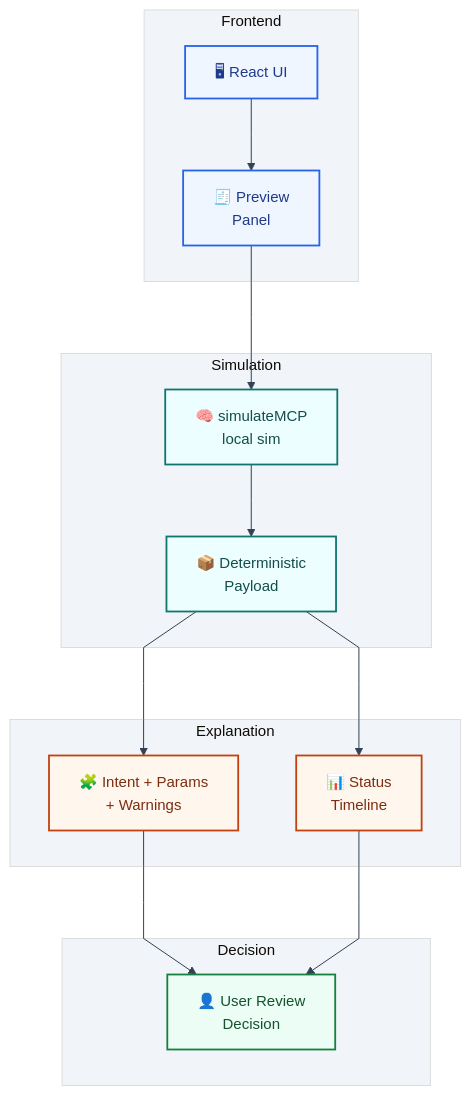
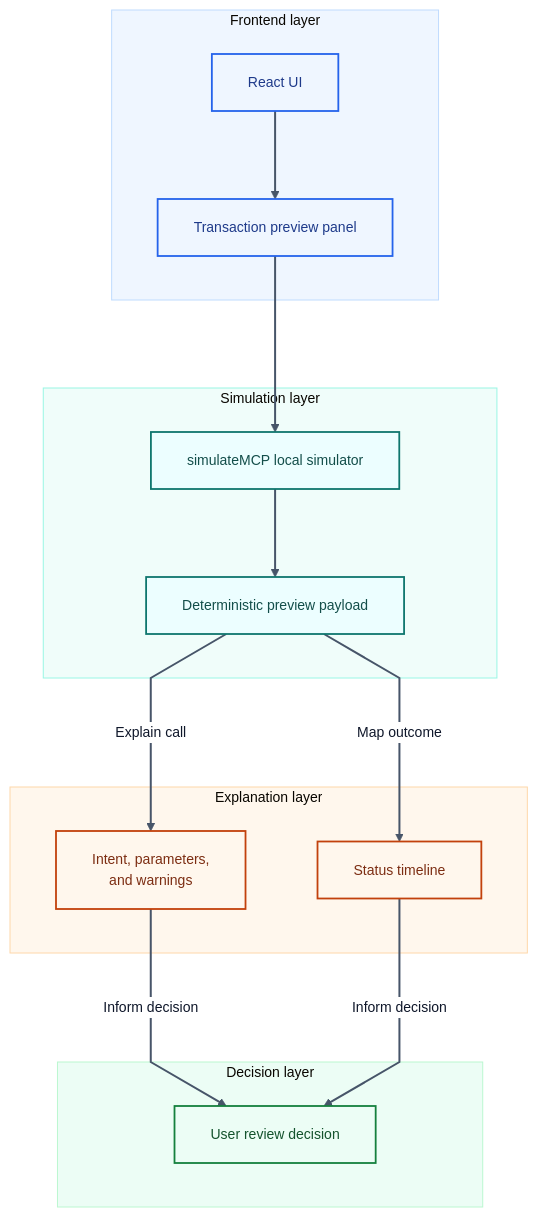
The fourth of 8 diagrams in README.md (sunshineluyao/Moss-Mcp-Transaction), drawn with Mermaid before and after one commit. The commit also changed other lines of this file, not shown here.

Commit message:
docs: refine Mermaid diagrams for full labels

````diff
--- a/README.md
+++ b/README.md
@@ -357,34 +367,39 @@
 ```mermaid
-%%{init: {'theme':'base','flowchart': {'htmlLabels': true, 'nodeSpacing': 58, 'rankSpacing': 72, 'curve': 'linear'},'themeVariables': {'fontFamily':'Trebuchet MS, Segoe UI, sans-serif','fontSize':'15px','primaryColor':'#eef6ff','primaryBorderColor':'#3b82f6','primaryTextColor':'#0f172a','lineColor':'#334155','secondaryColor':'#f8fafc','tertiaryColor':'#f1f5f9','edgeLabelBackground':'#e2e8f0'}}}%%
+%%{init: {'theme':'base','flowchart': {'htmlLabels': true, 'nodeSpacing': 72, 'rankSpacing': 88, 'curve': 'linear', 'padding': 18}, 'themeVariables': {'fontFamily':'Arial, Helvetica, sans-serif','fontSize':'14px','primaryTextColor':'#0f172a','lineColor':'#334155','clusterBkg':'#f8fafc','clusterBorder':'#cbd5e1','edgeLabelBackground':'#ffffff'}}}%%
 flowchart TB
-  subgraph L1[Frontend]
-    UI["🖥 React UI"] --> Preview["🧾 Preview<br/>Panel"]
+  subgraph L1[Frontend layer]
+    UI["React UI"] --> Preview["Transaction preview panel"]
   end
 
-  subgraph L2[Simulation]
-    Engine["🧠 simulateMCP<br/>local sim"] --> Data["📦 Deterministic<br/>Payload"]
+  subgraph L2[Simulation layer]
+    Engine["simulateMCP local simulator"] --> Data["Deterministic preview payload"]
   end
 
-  subgraph L3[Explanation]
-    Cards["🧩 Intent + Params<br/>+ Warnings"]
-    Timeline["📊 Status<br/>Timeline"]
+  subgraph L3[Explanation layer]
+    Cards["Intent, parameters,<br/>and warnings"]
+    Timeline["Status timeline"]
   end
 
-  subgraph L4[Decision]
-    User["👤 User Review<br/>Decision"]
+  subgraph L4[Decision layer]
+    User["User review decision"]
   end
 
   Preview --> Engine
-  Data --> Cards --> User
-  Data --> Timeline --> User
+  Data -->|Explain call| Cards -->|Inform decision| User
+  Data -->|Map outcome| Timeline -->|Inform decision| User
 
   classDef frontend fill:#eff6ff,stroke:#2563eb,stroke-width:1.8px,color:#1e3a8a;
   classDef sim fill:#ecfeff,stroke:#0f766e,stroke-width:1.8px,color:#134e4a;
   classDef explain fill:#fff7ed,stroke:#c2410c,stroke-width:1.8px,color:#7c2d12;
   classDef decision fill:#ecfdf5,stroke:#15803d,stroke-width:1.8px,color:#14532d;
 
   class UI,Preview frontend;
   class Engine,Data sim;
   class Cards,Timeline explain;
   class User decision;
+  style L1 fill:#eff6ff,stroke:#bfdbfe,stroke-width:1px
+  style L2 fill:#f0fdfa,stroke:#99f6e4,stroke-width:1px
+  style L3 fill:#fff7ed,stroke:#fed7aa,stroke-width:1px
+  style L4 fill:#ecfdf5,stroke:#bbf7d0,stroke-width:1px
+  linkStyle default stroke:#475569,stroke-width:2px;
 ```
````
